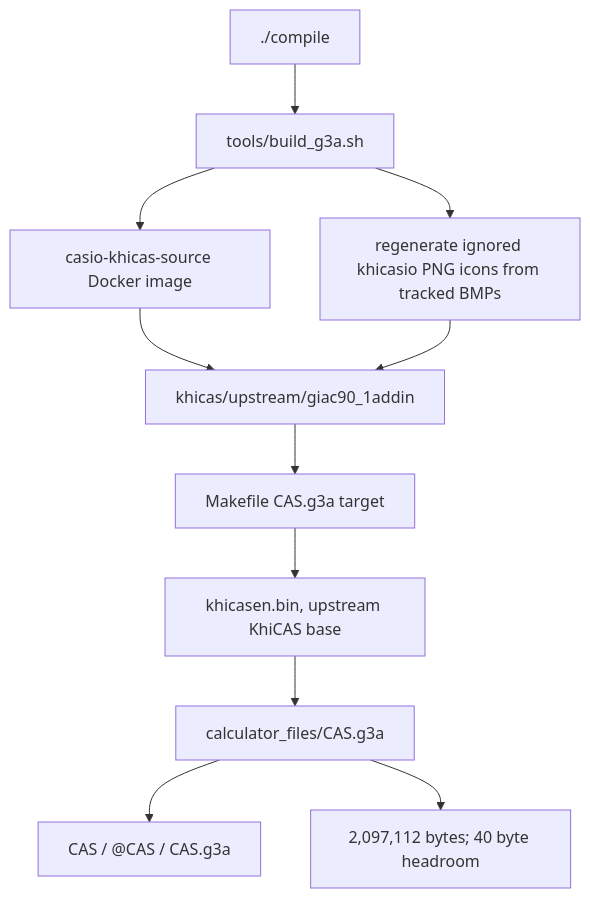
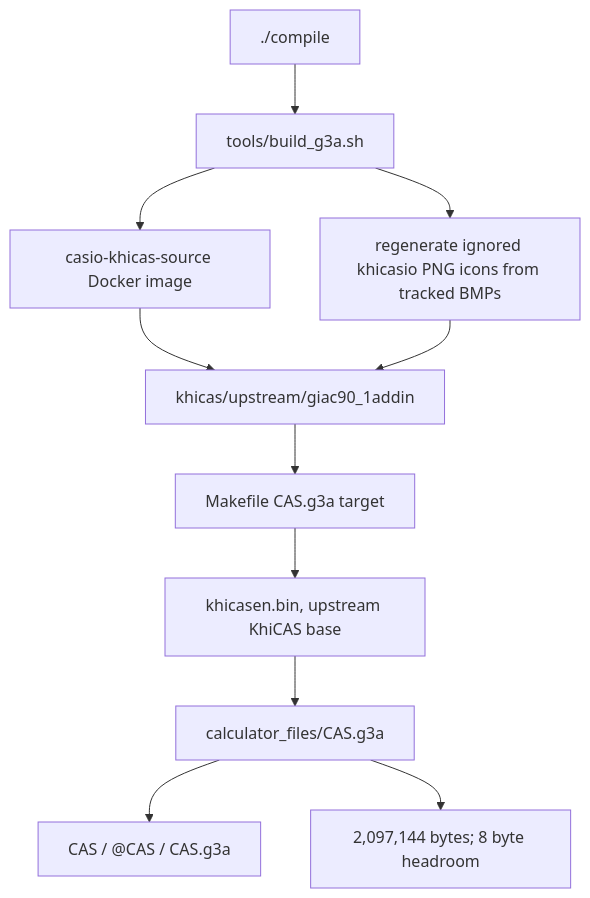
Before and after one commit to james8464/notes-addin-casio-fx-cg50: the first of 6 diagrams in docs/GRAPH.md, drawn with Mermaid. The commit also changed other lines of this file and 3 other files, not shown here.

````diff
--- a/docs/GRAPH.md
+++ b/docs/GRAPH.md
@@ -7,13 +7,13 @@
 ```mermaid
 graph TD
   Compile["./compile"] --> Build["tools/build_g3a.sh"]
   Build --> Docker["casio-khicas-source Docker image"]
   Docker --> Src["khicas/upstream/giac90_1addin"]
   Build --> Icons["regenerate ignored khicasio PNG icons from tracked BMPs"]
   Icons --> Src
   Src --> Make["Makefile CAS.g3a target"]
   Make --> Bin["khicasen.bin, upstream KhiCAS base"]
   Bin --> G3A["calculator_files/CAS.g3a"]
   G3A --> Meta["CAS / @CAS / CAS.g3a"]
-  G3A --> Size["2,097,112 bytes; 40 byte headroom"]
+  G3A --> Size["2,097,144 bytes; 8 byte headroom"]
 ```
````
